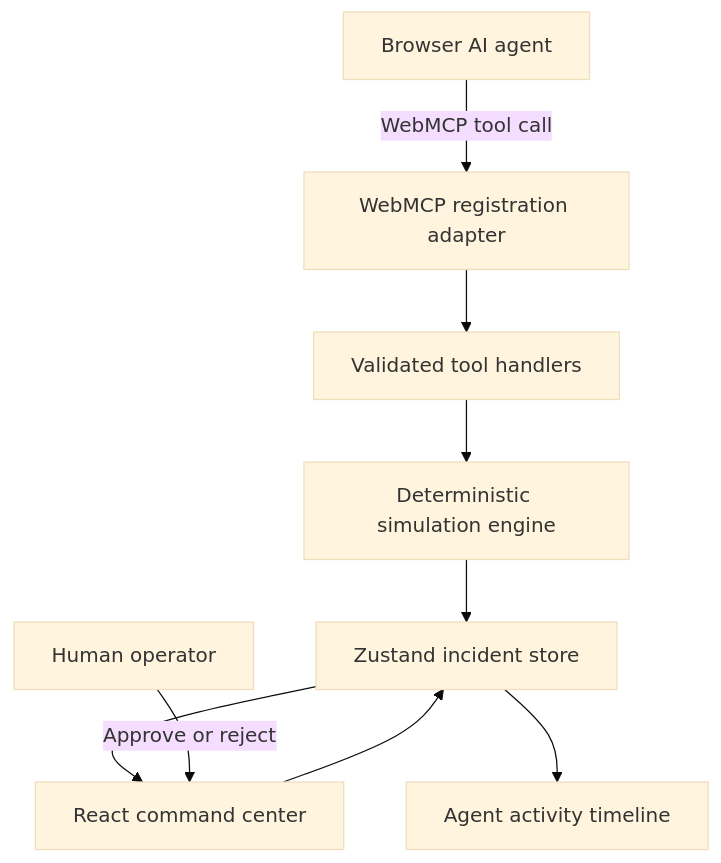
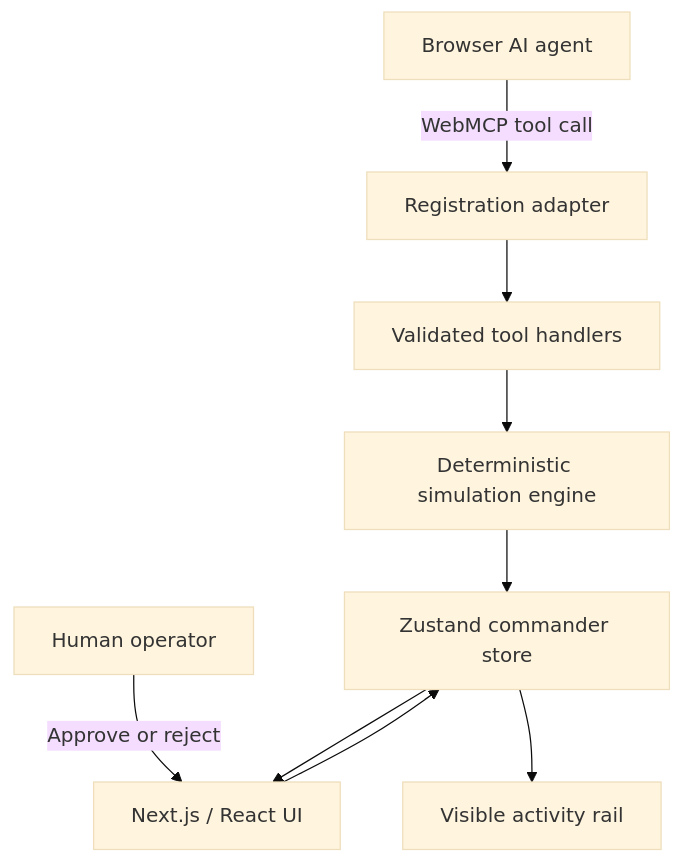
Before and after one commit to la3679/webops-commander: the second of 2 diagrams in README.md, drawn with Mermaid (base theme). The commit also changed other lines of this file and 1 other file, not shown here.

````diff
--- a/README.md
+++ b/README.md
@@ -73,11 +192,11 @@
 ```mermaid
 flowchart TB
-  Agent[Browser AI agent] -->|WebMCP tool call| Adapter[WebMCP registration adapter]
-  UI[React command center] --> Store[Zustand incident store]
-  Adapter --> Handlers[Validated tool handlers]
+  Agent[Browser AI agent] -->|WebMCP tool call| Registration[Registration adapter]
+  Registration --> Handlers[Validated tool handlers]
   Handlers --> Engine[Deterministic simulation engine]
-  Engine --> Store
+  Engine --> Store[Zustand commander store]
+  UI[Next.js / React UI] --> Store
+  Human[Human operator] -->|Approve or reject| UI
   Store --> UI
-  Human[Human operator] -->|Approve or reject| UI
-  Store --> Audit[Agent activity timeline]
+  Store --> Audit[Visible activity rail]
 ```
````
